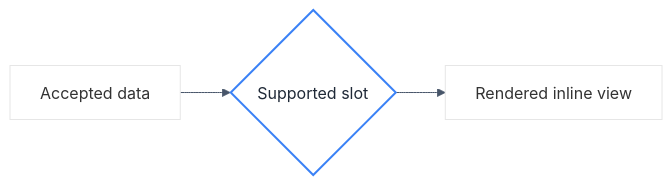
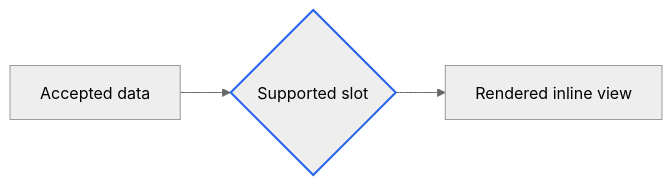
The diagram in customizations/.github/skills/apex-mermaid/references/styling.md (jonathan-vella/apex-vnext), drawn with Mermaid before and after one commit. The commit also changed other lines of this file and 20 other files, not shown here.

````diff
--- a/customizations/.github/skills/apex-mermaid/references/styling.md
+++ b/customizations/.github/skills/apex-mermaid/references/styling.md
@@ -5,7 +5,7 @@
 ```mermaid
-%%{init: {'theme': 'base', 'themeVariables': {'primaryColor': '#ffffff', 'primaryTextColor': '#333333', 'lineColor': '#475569'}}}%%
+%%{init: {'theme': 'neutral'}}%%
 graph LR
-    classDef gate fill:#ffffff,stroke:#3b82f6,stroke-width:2px,color:#1f2937;
+    classDef gate stroke:#2563eb,stroke-width:2px;
     INPUT["Accepted data"] --> GATE{"Supported slot"}:::gate
     GATE --> OUTPUT["Rendered inline view"]
 ```
````
